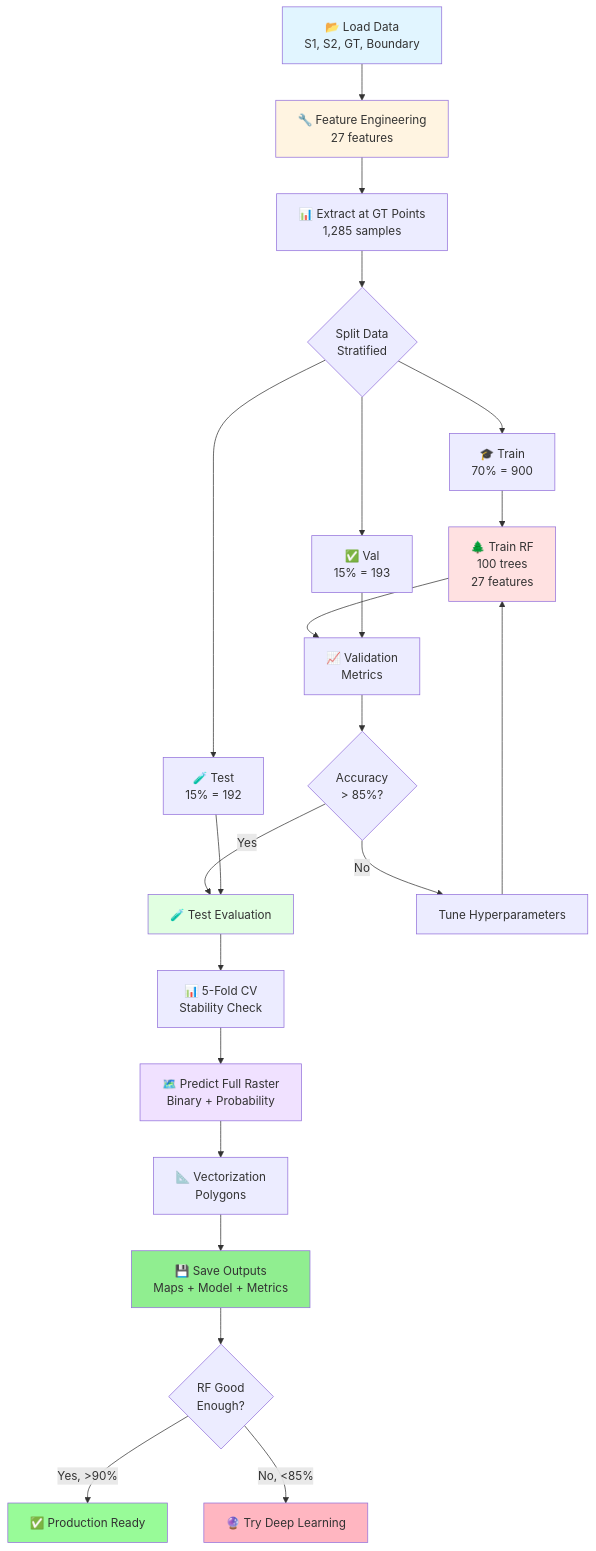
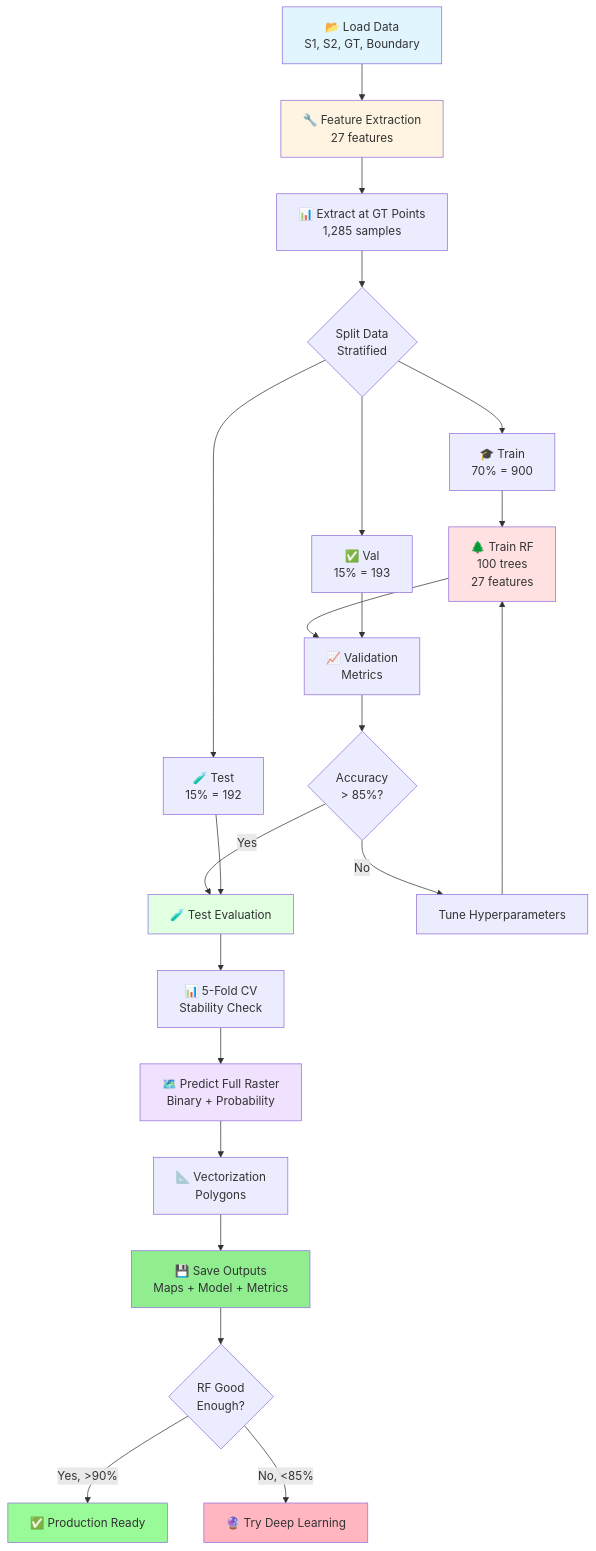
The second of 2 diagrams in README.md (ninhhaidang/ForestMonitoring-CaMau), drawn with Mermaid before and after one commit. The commit also changed other lines of this file, not shown here.

````diff
--- a/README.md
+++ b/README.md
@@ -470,47 +467,47 @@
 ```mermaid
 flowchart TD
-    A[📂 Load Data<br/>S1, S2, GT, Boundary] --> B[🔧 Feature Engineering<br/>27 features]
+    A[📂 Load Data<br/>S1, S2, GT, Boundary] --> B[🔧 Feature Extraction<br/>27 features]
 
     B --> C[📊 Extract at GT Points<br/>1,285 samples]
 
     C --> D{Split Data<br/>Stratified}
 
     D --> E[🎓 Train<br/>70% = 900]
     D --> F[✅ Val<br/>15% = 193]
     D --> G[🧪 Test<br/>15% = 192]
 
     E --> H[🌲 Train RF<br/>100 trees<br/>27 features]
 
     H --> I[📈 Validation<br/>Metrics]
     F --> I
 
     I --> J{Accuracy<br/>> 85%?}
 
     J -->|Yes| K[🧪 Test Evaluation]
     J -->|No| L[Tune Hyperparameters]
     L --> H
 
     G --> K
 
     K --> M[📊 5-Fold CV<br/>Stability Check]
 
     M --> N[🗺️ Predict Full Raster<br/>Binary + Probability]
 
     N --> O[📐 Vectorization<br/>Polygons]
 
     O --> P[💾 Save Outputs<br/>Maps + Model + Metrics]
 
     P --> Q{RF Good<br/>Enough?}
 
     Q -->|Yes, >90%| R[✅ Production Ready]
     Q -->|No, <85%| S[🔮 Try Deep Learning]
 
     style A fill:#e1f5ff
     style B fill:#fff4e1
     style H fill:#ffe1e1
     style K fill:#e1ffe1
     style N fill:#f0e1ff
     style P fill:#90EE90
     style R fill:#98FB98
     style S fill:#FFB6C1
 ```
````
